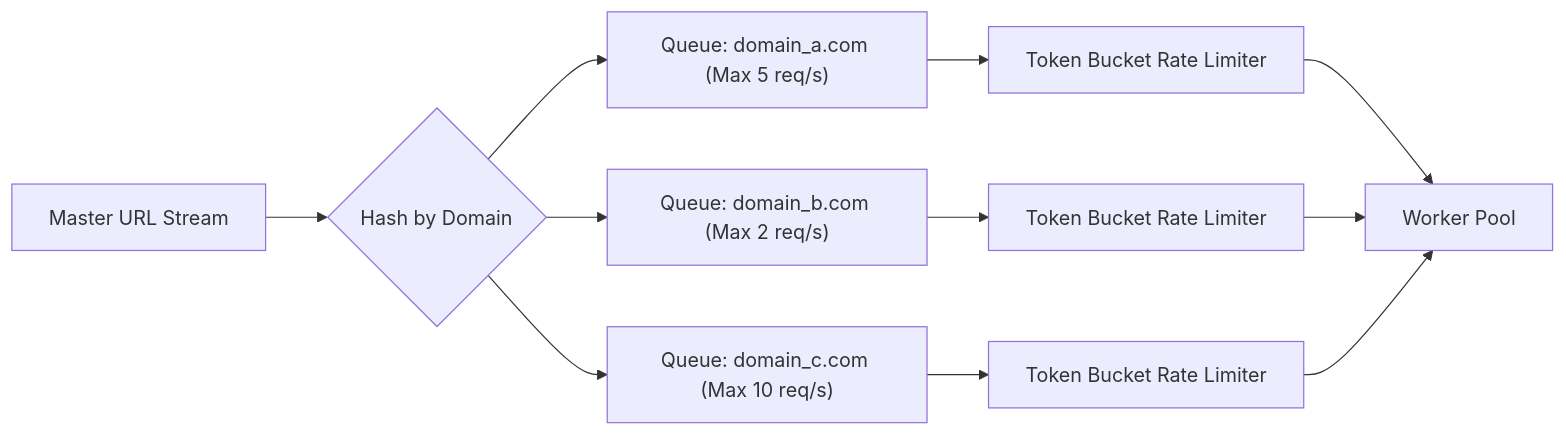
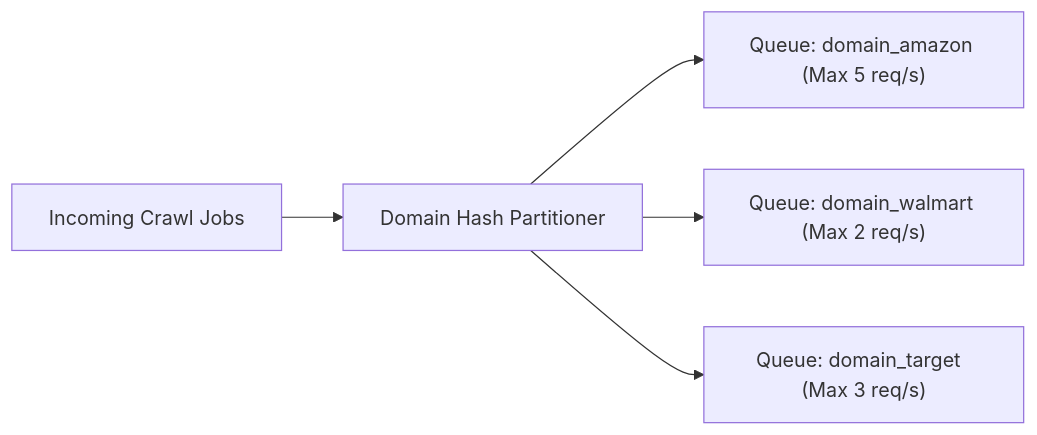
The second of 3 diagrams in _posts/2026-11-06-how-to-design-scraping-systems-for-millions-of-requests.md (naimurhasan/naimurhasan.github.io), drawn with Mermaid before and after one commit. The commit also changed other lines of this file and 23 other files, not shown here.

````diff
--- a/_posts/2026-11-06-how-to-design-scraping-systems-for-millions-of-requests.md
+++ b/_posts/2026-11-06-how-to-design-scraping-systems-for-millions-of-requests.md
@@ -183,14 +55,7 @@
 ```mermaid
 flowchart LR
-  Master["Master URL Stream"] --> Partition{"Hash by Domain"}
-  
-  Partition --> Q1["Queue: domain_a.com (Max 5 req/s)"]
-  Partition --> Q2["Queue: domain_b.com (Max 2 req/s)"]
-  Partition --> Q3["Queue: domain_c.com (Max 10 req/s)"]
-  
-  Q1 --> T1["Token Bucket Rate Limiter"]
-  Q2 --> T2["Token Bucket Rate Limiter"]
-  Q3 --> T3["Token Bucket Rate Limiter"]
-  
-  T1 & T2 & T3 --> Pool["Worker Pool"]
+  Ingest["Incoming Crawl Jobs"] --> Partitioner["Domain Hash Partitioner"]
+  Partitioner --> Q1["Queue: domain_amazon (Max 5 req/s)"]
+  Partitioner --> Q2["Queue: domain_walmart (Max 2 req/s)"]
+  Partitioner --> Q3["Queue: domain_target  (Max 3 req/s)"]
 ```
````
